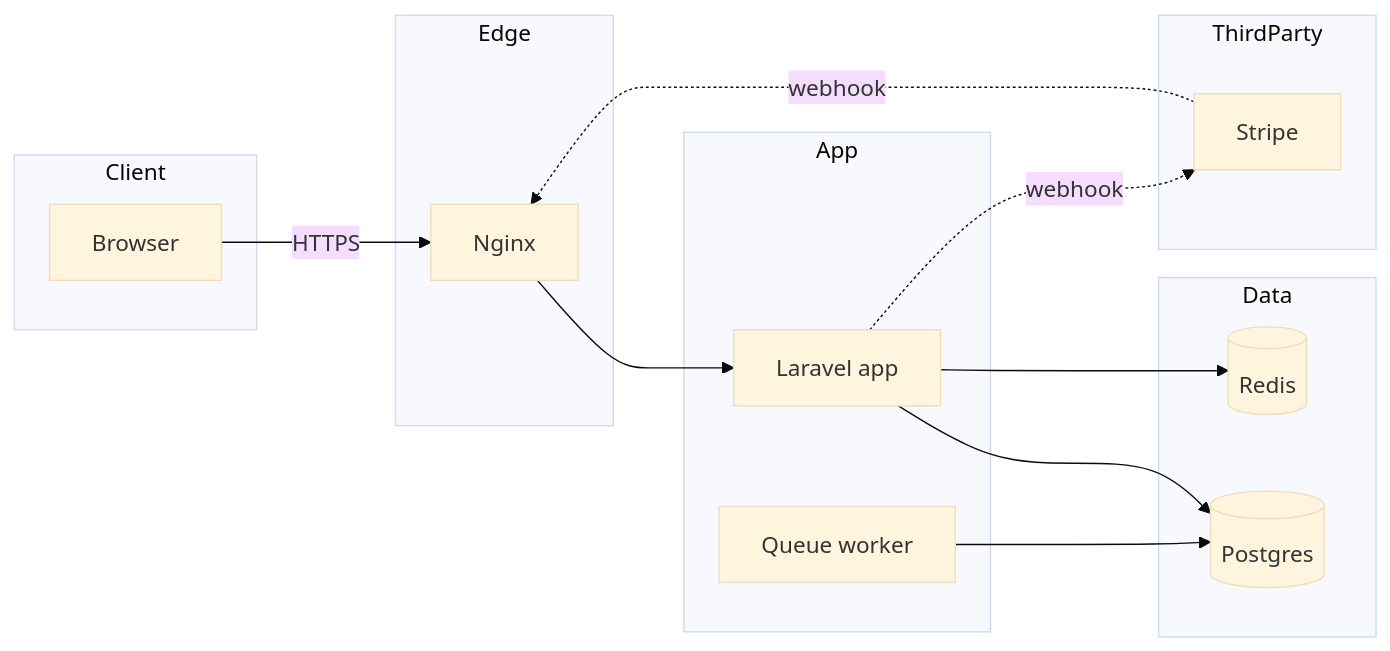
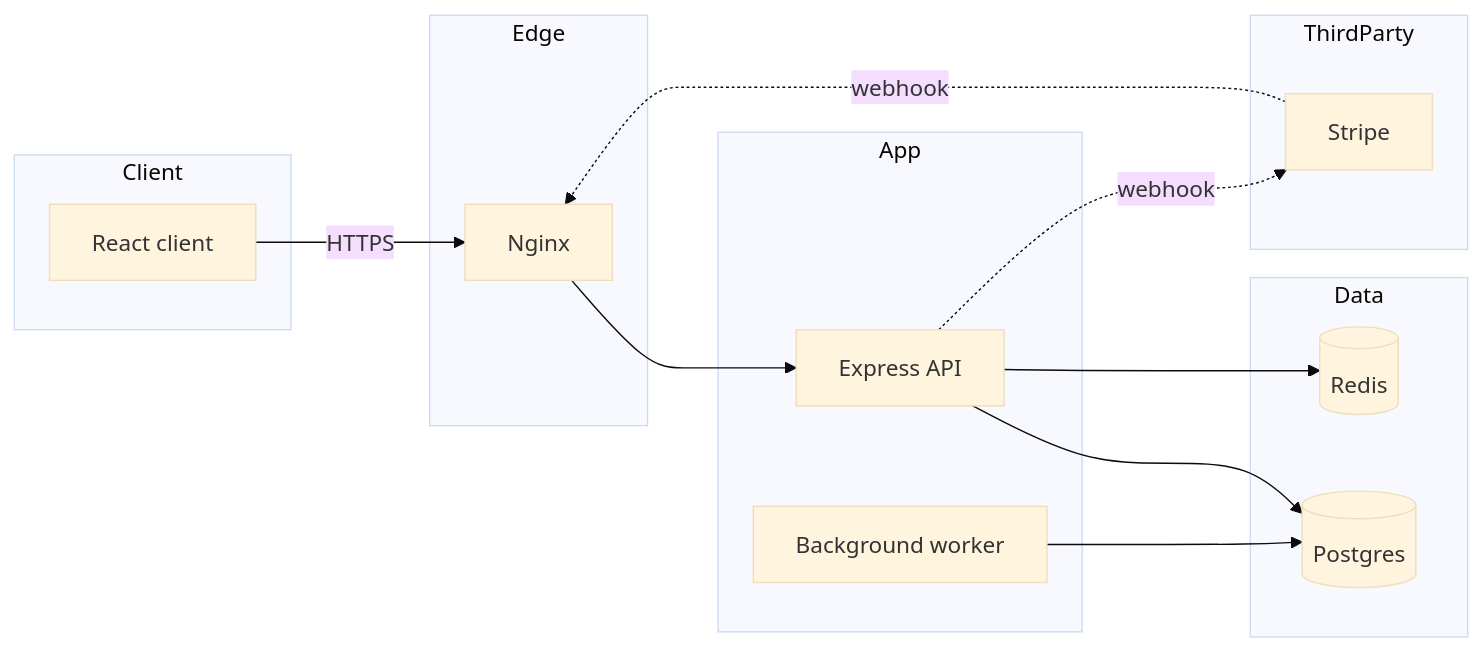
Before and after one commit to ekanata14/sdlc-skills: the diagram in sdlc-architect/references/phase-2-design.md, drawn with Mermaid (base theme). The commit also changed other lines of this file and 6 other files, not shown here.

First line of the commit message:
docs: default to Express MVC + React feature-based, local run first

````diff
--- a/sdlc-architect/references/phase-2-design.md
+++ b/sdlc-architect/references/phase-2-design.md
@@ -20,26 +20,26 @@
 ```mermaid
 flowchart LR
   subgraph Client
-    B[Browser]
+    B[React client]
   end
   subgraph Edge
     N[Nginx]
   end
   subgraph App
-    A[Laravel app]
-    Q[Queue worker]
+    A[Express API]
+    Q[Background worker]
   end
   subgraph Data
     DB[(Postgres)]
     R[(Redis)]
   end
   subgraph ThirdParty
     S[Stripe]
   end
   B -->|HTTPS| N --> A
   A --> DB
   A --> R
   Q --> DB
   A -.webhook.-> S
   S -.webhook.-> N
 ```
````
